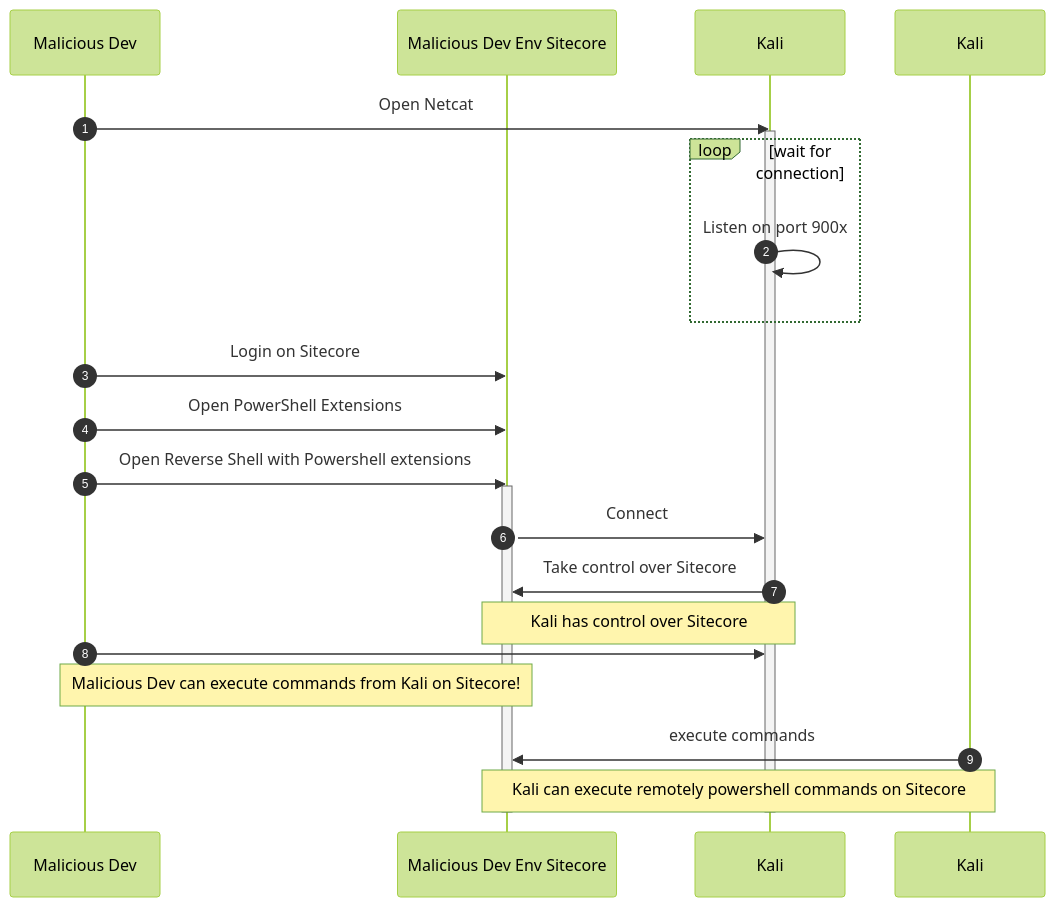
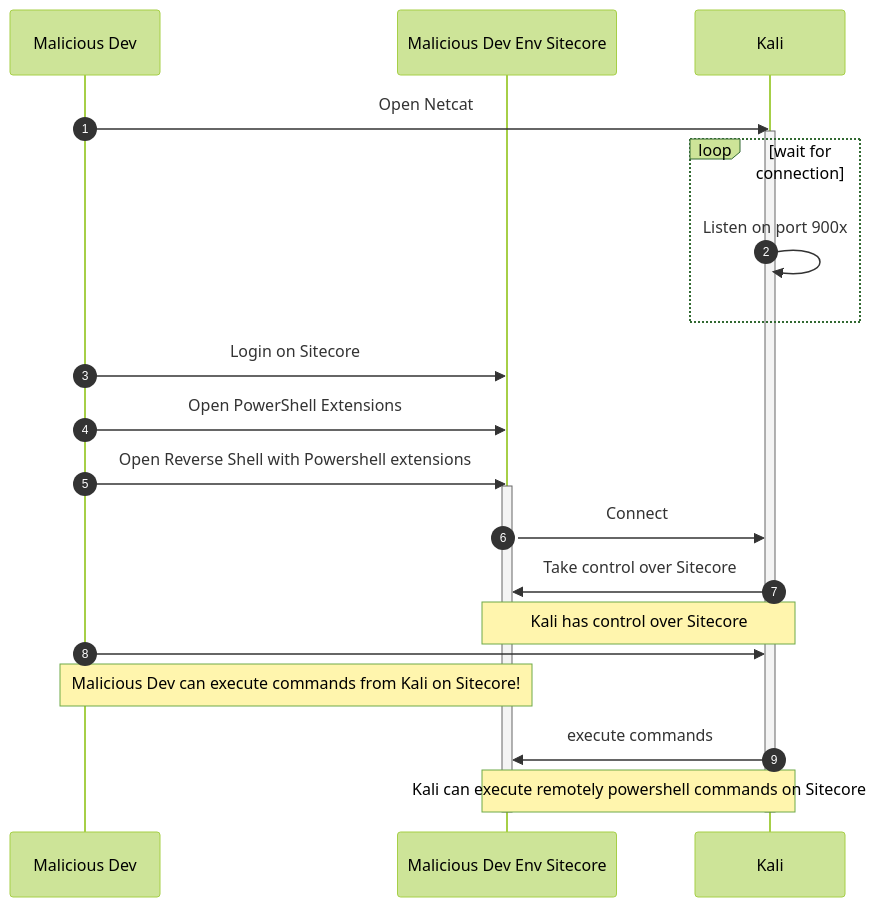
The diagram in flowdiagram-2.md (BasLijten/sugnl-hacking-sitecore), drawn with Mermaid (forest theme) before and after one commit. The commit also changed 2 other files, not shown here.

Commit message:
saved documentation

````diff
--- a/flowdiagram-2.md
+++ b/flowdiagram-2.md
@@ -5,26 +5,27 @@
 ```mermaid
 sequenceDiagram
     participant MD as Malicious Dev
     participant MDES as Malicious Dev Env Sitecore    
-    participant K as Kali                
+    participant K as Kali       
+
     autonumber
 
     MD ->> K: Open Netcat    
     activate  K
          loop wait for connection
             K ->> K: Listen on port 900x  
         end
         MD ->> MDES: Login on Sitecore
         MD ->> MDES: Open PowerShell Extensions
         MD ->> MDES: Open Reverse Shell with Powershell extensions
         activate MDES
             MDES ->> K: Connect
             K ->> MDES: Take control over Sitecore
             note over K, MDES: Kali has control over Sitecore
             MD ->> K: 
             note over MD, MDES: Malicious Dev can execute commands from Kali on Sitecore!
-            Kali ->> MDES: execute commands
-            note over Kali, MDES: Kali can execute remotely powershell commands on Sitecore
+            K ->> MDES: execute commands
+            note over K, MDES: Kali can execute remotely powershell commands on Sitecore
         deactivate MDES
     deactivate K
 ```
````
